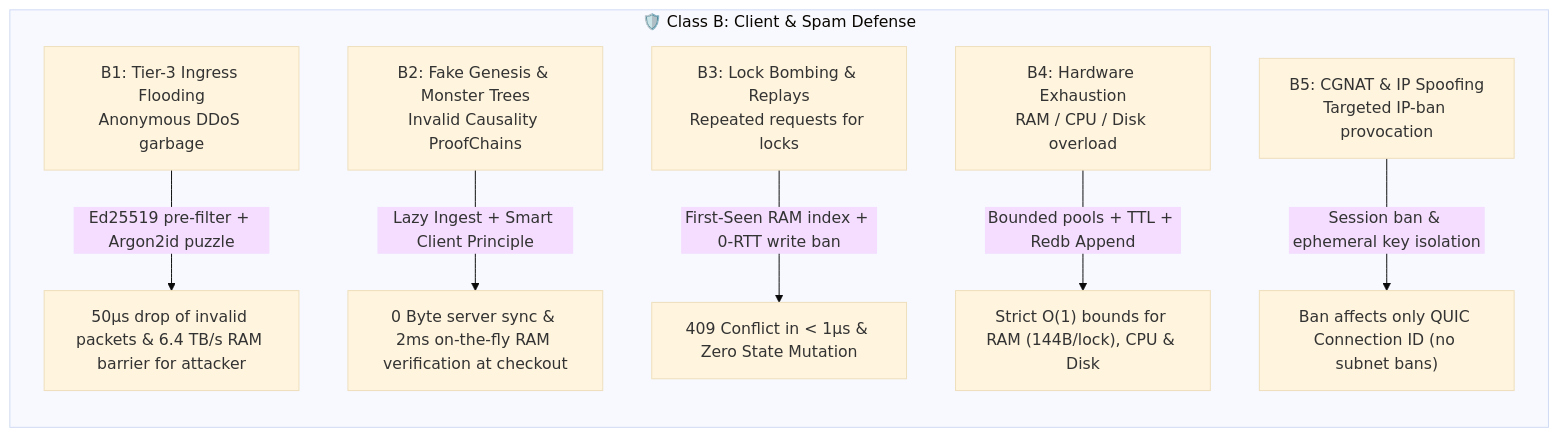
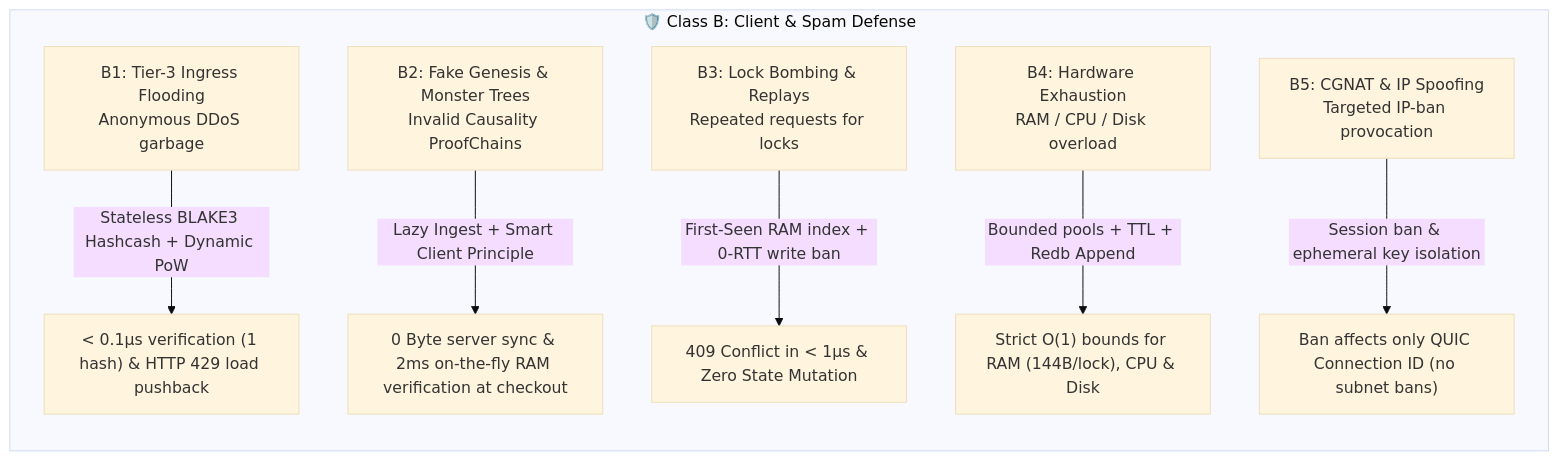
Before and after one commit to minutogit/human-money-node: the second of 5 diagrams in docs/05_spieltheorie_und_angriffsmatrix.md, drawn with Mermaid (base theme). The commit also changed other lines of this file and 16 other files, not shown here.

````diff
--- a/docs/05_spieltheorie_und_angriffsmatrix.md
+++ b/docs/05_spieltheorie_und_angriffsmatrix.md
@@ -46,11 +46,11 @@
 ```mermaid
 flowchart TD
     subgraph ClassB["🛡️ Class B: Client & Spam Defense"]
         direction TB
-        B1["B1: Tier-3 Ingress Flooding<br>Anonymous DDoS garbage"] -->|Ed25519 pre-filter + Argon2id puzzle| S1["50µs drop of invalid packets & 6.4 TB/s RAM barrier for attacker"]
+        B1["B1: Tier-3 Ingress Flooding<br>Anonymous DDoS garbage"] -->|Stateless BLAKE3 Hashcash + Dynamic PoW| S1["< 0.1µs verification (1 hash) & HTTP 429 load pushback"]
         B2["B2: Fake Genesis & Monster Trees<br>Invalid Causality ProofChains"] -->|Lazy Ingest + Smart Client Principle| S2["0 Byte server sync & 2ms on-the-fly RAM verification at checkout"]
         B3["B3: Lock Bombing & Replays<br>Repeated requests for locks"] -->|First-Seen RAM index + 0-RTT write ban| S3["409 Conflict in < 1µs & Zero State Mutation"]
         B4["B4: Hardware Exhaustion<br>RAM / CPU / Disk overload"] -->|Bounded pools + TTL + Redb Append| S4["Strict O(1) bounds for RAM (144B/lock), CPU & Disk"]
         B5["B5: CGNAT & IP Spoofing<br>Targeted IP-ban provocation"] -->|Session ban & ephemeral key isolation| S5["Ban affects only QUIC Connection ID (no subnet bans)"]
     end
 ```
````
